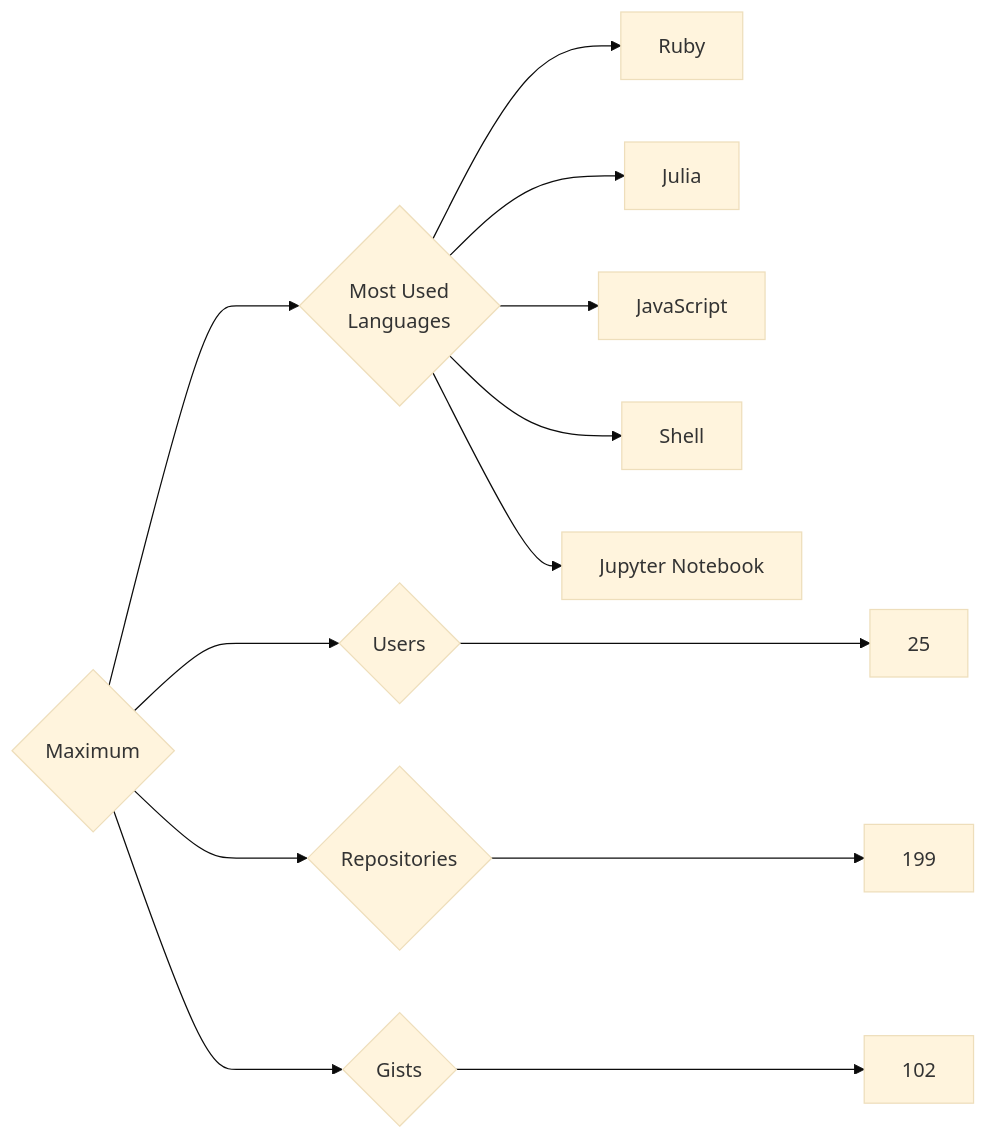
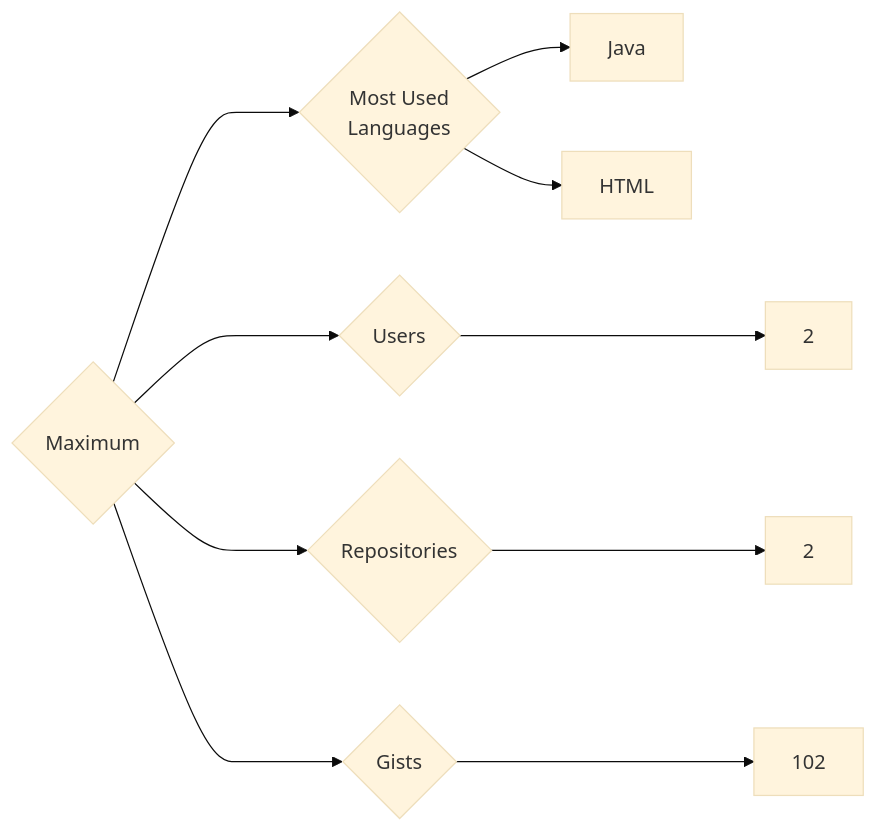
Before and after one commit to trickest/insiders: the diagram in targets/Maximum/README.md, drawn with Mermaid (base theme). The commit also changed 1011 other files, not shown here.

````diff
--- a/targets/Maximum/README.md
+++ b/targets/Maximum/README.md
@@ -3,13 +3,10 @@
 ```mermaid
 graph LR
 COMPANY_NAME{Maximum}
-COMPANY_NAME ---> U{Users} ---> UN[25]
-COMPANY_NAME ---> R{Repositories} ---> RN[199]
+COMPANY_NAME ---> U{Users} ---> UN[2]
+COMPANY_NAME ---> R{Repositories} ---> RN[2]
 COMPANY_NAME ---> G{Gists} ---> GN[102]
 COMPANY_NAME ---> ML{Most Used<br>Languages}
-ML --> Ruby[Ruby]
-ML --> Julia[Julia]
-ML --> JavaScript[JavaScript]
-ML --> Shell[Shell]
-ML --> Jupyter_Notebook[Jupyter Notebook]
+ML --> Java[Java]
+ML --> HTML[HTML]
 ```
````
